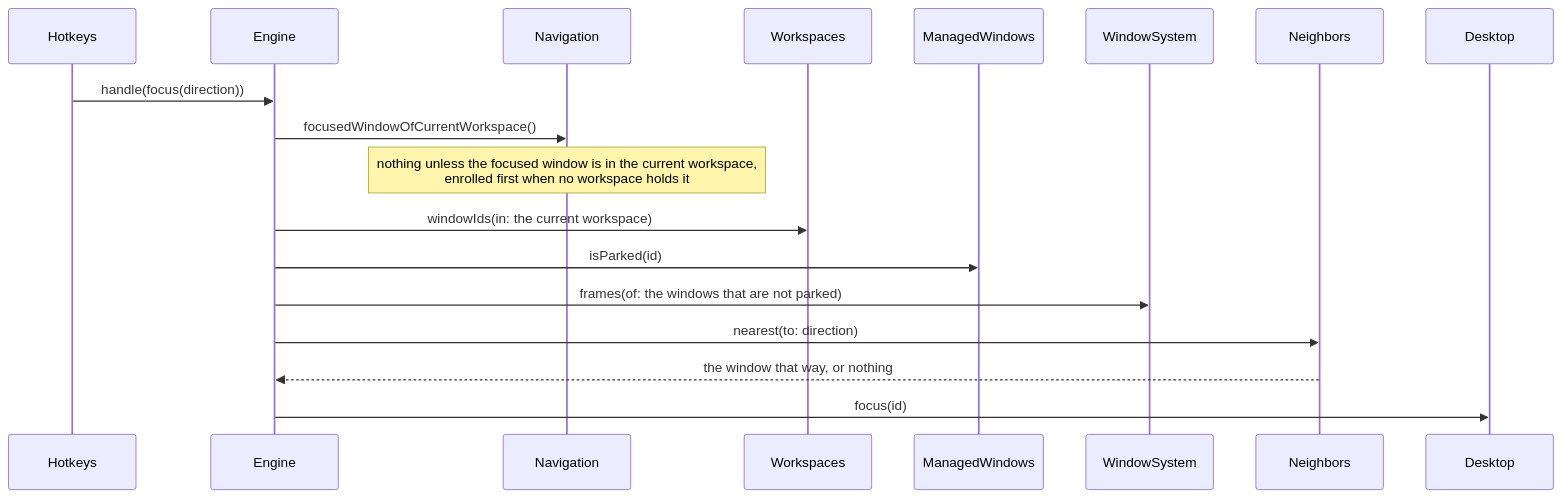
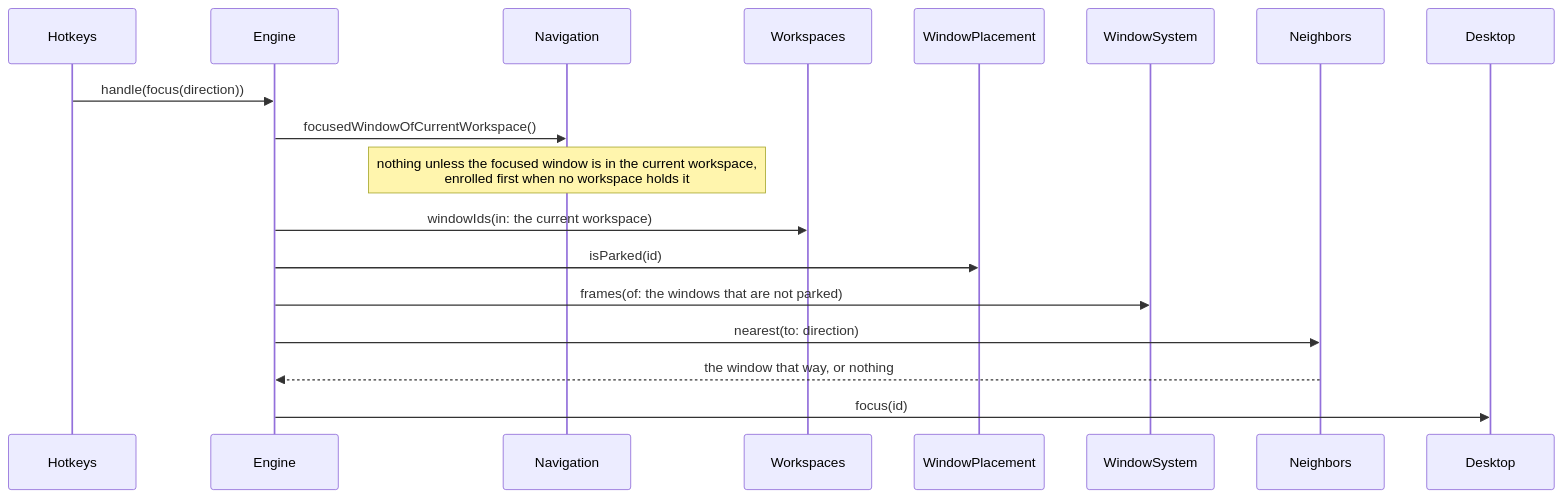
Before and after one commit to brennovich/ottowm: the tenth of 19 diagrams in ARCHITECTURE.md, drawn with Mermaid. The commit also changed other lines of this file and 11 other files, not shown here.

First line of the commit message:
Rename ManagedWindows to WindowPlacement

````diff
--- a/ARCHITECTURE.md
+++ b/ARCHITECTURE.md
@@ -270,12 +270,12 @@
 ```mermaid
 sequenceDiagram
     Hotkeys->>Engine: handle(focus(direction))
     Engine->>Navigation: focusedWindowOfCurrentWorkspace()
     Note over Navigation: nothing unless the focused window is in the current workspace,<br/>enrolled first when no workspace holds it
     Engine->>Workspaces: windowIds(in: the current workspace)
-    Engine->>ManagedWindows: isParked(id)
+    Engine->>WindowPlacement: isParked(id)
     Engine->>WindowSystem: frames(of: the windows that are not parked)
     Engine->>Neighbors: nearest(to: direction)
     Neighbors-->>Engine: the window that way, or nothing
     Engine->>Desktop: focus(id)
 ```
````
